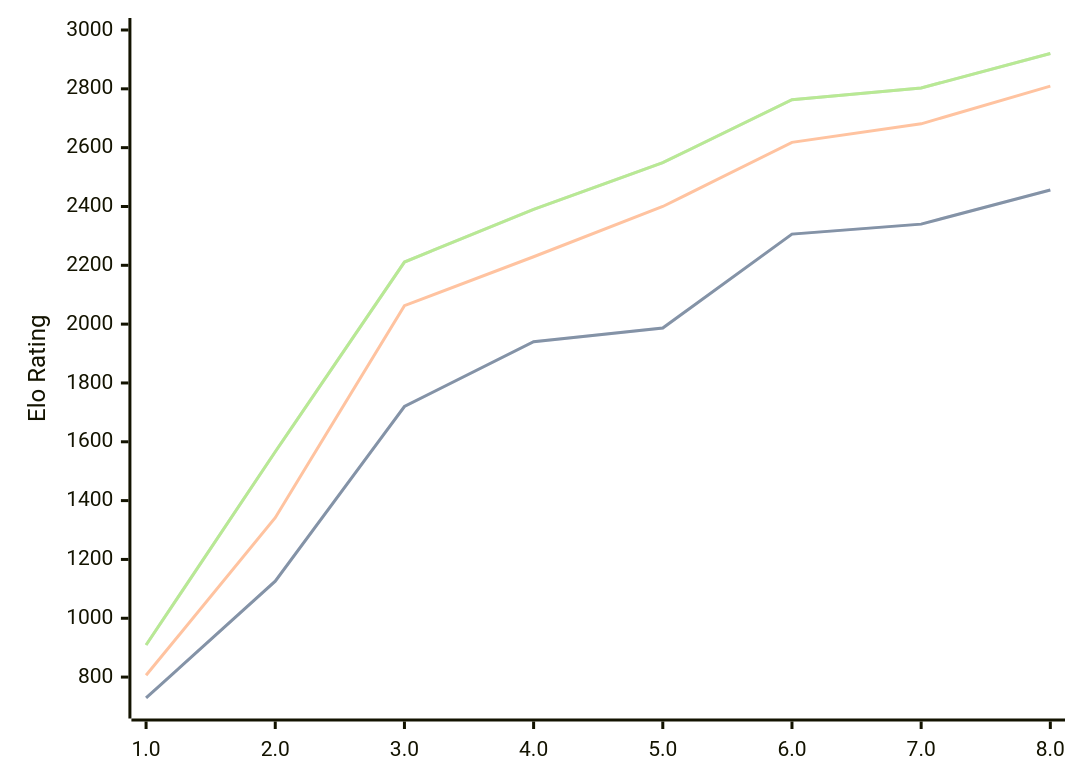
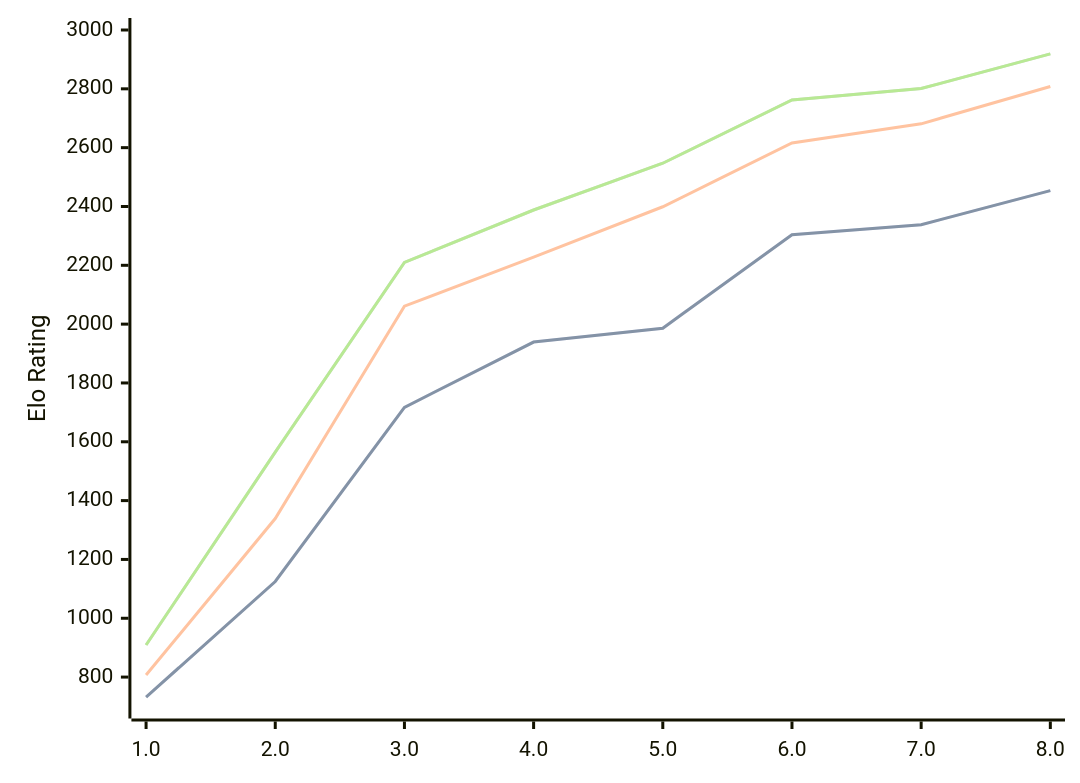
The diagram in engines/Pea.md (computer-chess-index/cci), drawn with Mermaid before and after one commit. The commit also changed other lines of this file, not shown here.

Commit message:
Update CCI Ratings (ELO VLTC) - 2026-06-07

````diff
--- a/engines/Pea.md
+++ b/engines/Pea.md
@@ -38,11 +39,11 @@
 ```mermaid
 %%{init: {"theme":"base","themeVariables":{"seriesColors:['#a3a3a3','#222221','#faa371']}}}%%
 xychart-beta
   x-axis ["1.0", "2.0", "3.0", "4.0", "5.0", "6.0", "7.0", "8.0"]
   y-axis "Elo Rating" 700 --> 3000
-  line "STC (8.0+0.08s)" [729, 1126, 1720, 1940, 1987, 2306, 2340, 2456]
-  line "STC (8.0+0.08s)" [729, 1126, 1720, 1940, 1987, 2306, 2340, 2456]
-  line "LTC (60.0+0.60s)" [806, 1342, 2063, 2229, 2400, 2618, 2681, 2809]
-  line "VLTC (2m24s+1.12s)" [909, 1566, 2211, 2390, 2549, 2763, 2803, 2920]
-  line "VLTC (2m24s+1.12s)" [909, 1566, 2211, 2390, 2549, 2763, 2803, 2920]
+  line "STC (8.0+0.08s)" [732, 1125, 1717, 1939, 1986, 2304, 2338, 2454]
+  line "STC (8.0+0.08s)" [732, 1125, 1717, 1939, 1986, 2304, 2338, 2454]
+  line "LTC (60.0+0.60s)" [807, 1339, 2061, 2228, 2399, 2616, 2681, 2808]
+  line "VLTC (2m24s+1.12s)" [909, 1565, 2210, 2388, 2547, 2762, 2801, 2919]
+  line "VLTC (2m24s+1.12s)" [909, 1565, 2210, 2388, 2547, 2762, 2801, 2919]
 ```
````
